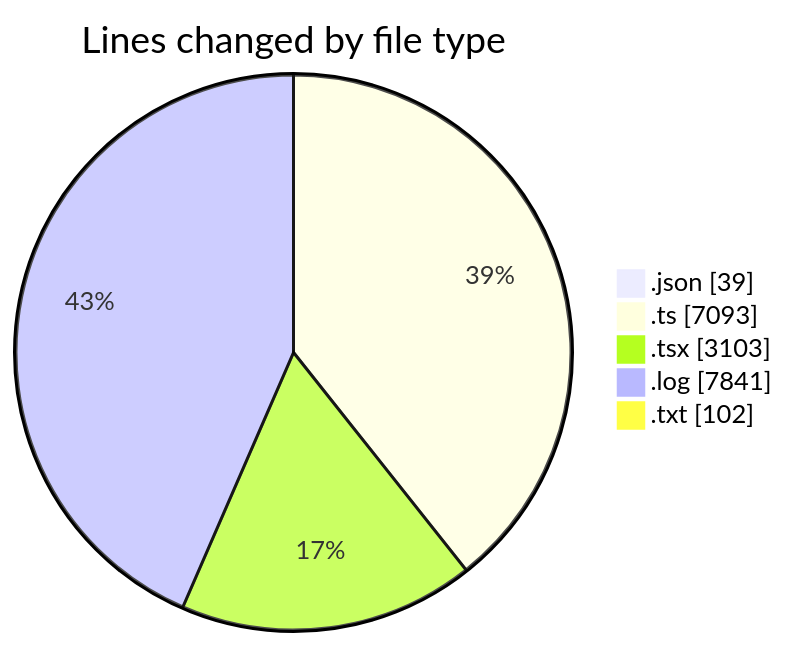
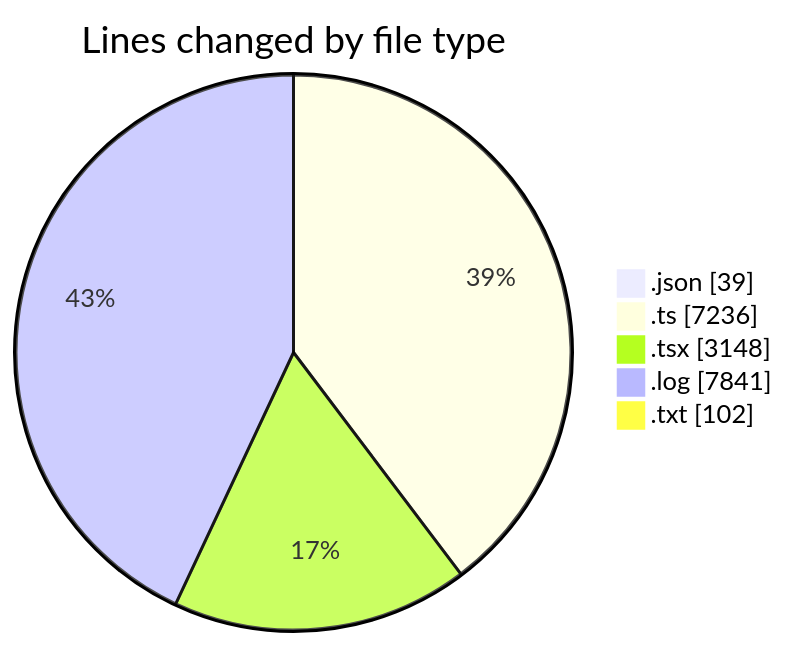
The first of 2 diagrams in 2025-09-13/napxuvn/README.md (lephambinh05/code-tracking), drawn with Mermaid before and after one commit. The commit also changed other lines of this file and 1 other file, not shown here.

````diff
--- a/2025-09-13/napxuvn/README.md
+++ b/2025-09-13/napxuvn/README.md
@@ -75,9 +76,9 @@
 ```mermaid
 pie showData
 title Lines changed by file type
 ".json" : 39
-".ts" : 7093
-".tsx" : 3103
+".ts" : 7236
+".tsx" : 3148
 ".log" : 7841
 ".txt" : 102
 ```
````
